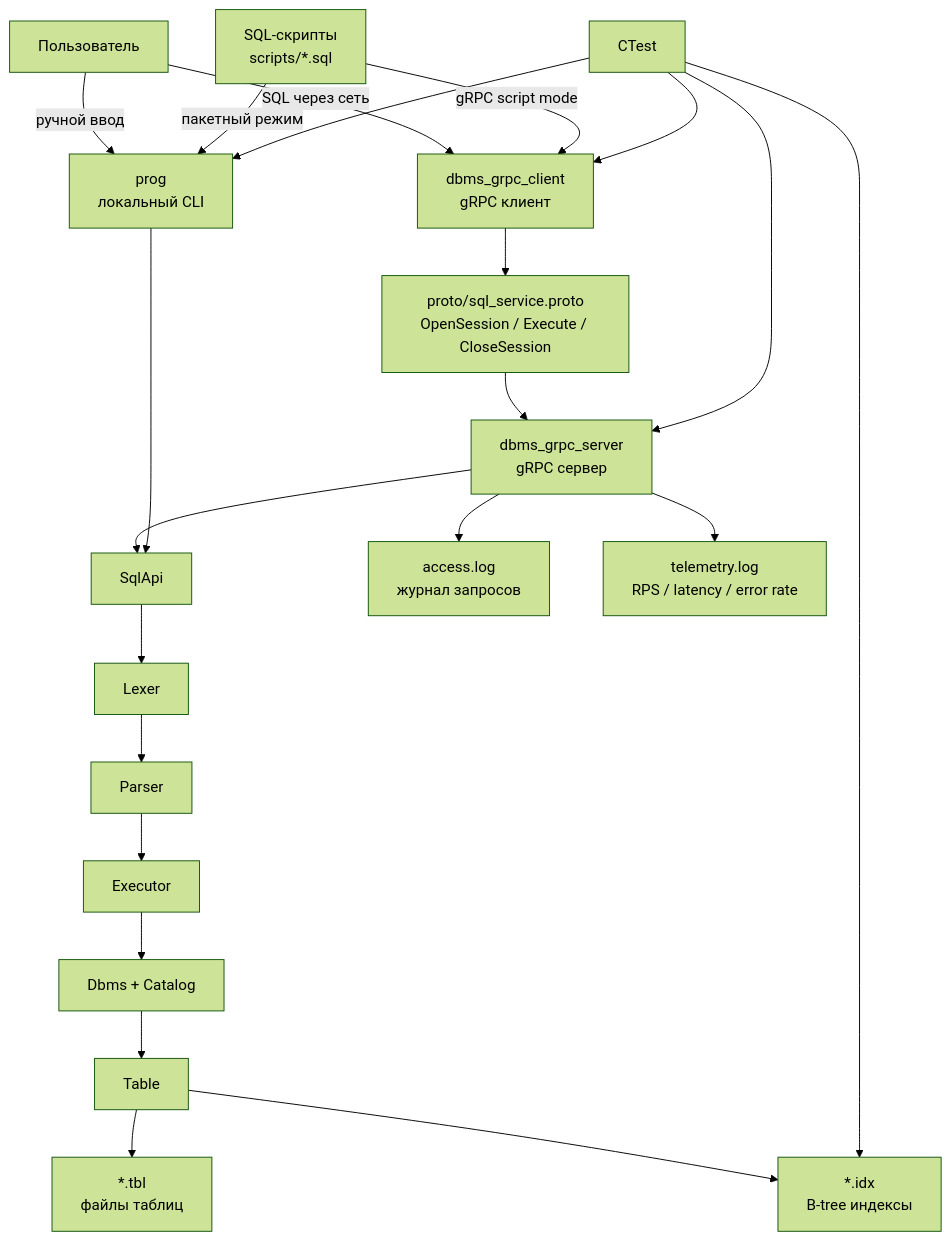
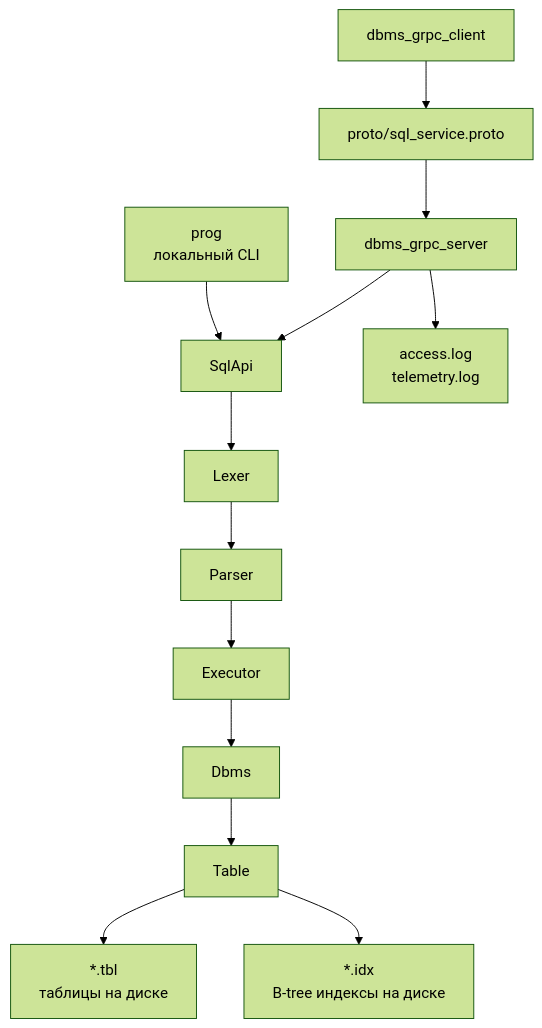
One commit to Sedimav/B-tree-main changed the diagram in README.md. Above: the diagram before and after it, drawn with Mermaid (forest theme). The commit also changed other lines of this file, not shown here.

````diff
--- a/README.md
+++ b/README.md
@@ -41,50 +86,30 @@
 ```mermaid
 flowchart TD
-    User["Пользователь"]
-    Scripts["SQL-скрипты<br/>scripts/*.sql"]
-
-    Prog["prog<br/>локальный CLI"]
-    GrpcClient["dbms_grpc_client<br/>gRPC клиент"]
-    GrpcServer["dbms_grpc_server<br/>gRPC сервер"]
-    Proto["proto/sql_service.proto<br/>OpenSession / Execute / CloseSession"]
+    CLI["prog<br/>локальный CLI"]
+    Client["dbms_grpc_client"]
+    Server["dbms_grpc_server"]
+    Proto["proto/sql_service.proto"]
 
     SqlApi["SqlApi"]
     Lexer["Lexer"]
     Parser["Parser"]
     Executor["Executor"]
+    Dbms["Dbms"]
+    Table["Table"]
+    Storage["*.tbl<br/>таблицы на диске"]
+    Index["*.idx<br/>B-tree индексы на диске"]
+    Logs["access.log<br/>telemetry.log"]
 
-    Dbms["Dbms + Catalog"]
-    Table["Table"]
-    Tbl["*.tbl<br/>файлы таблиц"]
-    Idx["*.idx<br/>B-tree индексы"]
-
-    AccessLog["access.log<br/>журнал запросов"]
-    Telemetry["telemetry.log<br/>RPS / latency / error rate"]
-
-    Tests["CTest"]
-
-    User -->|"ручной ввод"| Prog
-    Scripts -->|"пакетный режим"| Prog
-    User -->|"SQL через сеть"| GrpcClient
-    Scripts -->|"gRPC script mode"| GrpcClient
-
-    GrpcClient --> Proto
-    Proto --> GrpcServer
-    GrpcServer --> SqlApi
-    Prog --> SqlApi
-
+    CLI --> SqlApi
+    Client --> Proto
+    Proto --> Server
+    Server --> SqlApi
     SqlApi --> Lexer
     Lexer --> Parser
     Parser --> Executor
     Executor --> Dbms
     Dbms --> Table
-    Table --> Tbl
-    Table --> Idx
-
-    GrpcServer --> AccessLog
-    GrpcServer --> Telemetry
-    Tests --> Prog
-    Tests --> GrpcServer
-    Tests --> GrpcClient
-    Tests --> Idx
+    Table --> Storage
+    Table --> Index
+    Server --> Logs
 ```
````
